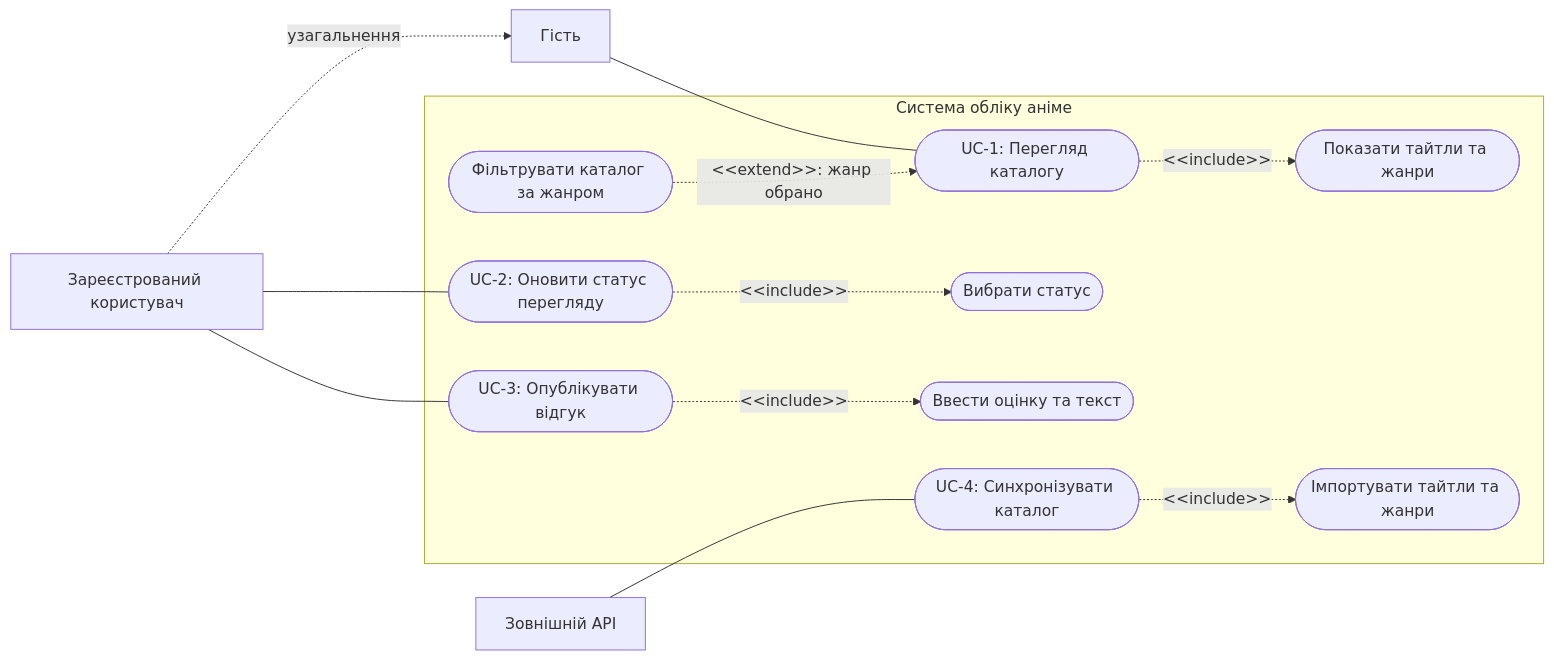
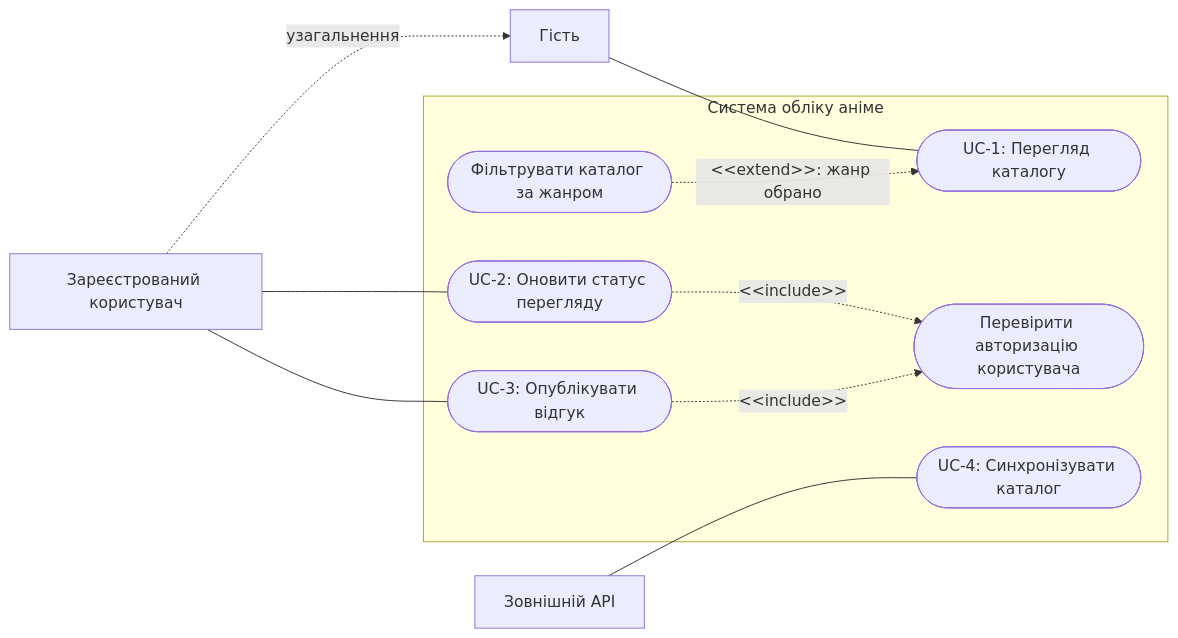
One commit to SpikyCactus7/anime-tracking-system changed the first of 2 diagrams in lab2/model.md. Above: the diagram before and after it, drawn with Mermaid. The commit also changed other lines of this file and 2 other files, not shown here.

Commit message:
fixed UC include relations, added M:N matrix and uncovered requirement

````diff
--- a/lab2/model.md
+++ b/lab2/model.md
@@ -111,30 +122,25 @@
 ```mermaid
 flowchart LR
     Guest[Гість]
     User[Зареєстрований користувач]
     API[Зовнішній API]
 
     subgraph System[Система обліку аніме]
         UC1([UC-1: Перегляд каталогу])
-        UC1a([Показати тайтли та жанри])
         UC1b([Фільтрувати каталог за жанром])
         UC2([UC-2: Оновити статус перегляду])
-        UC2a([Вибрати статус])
         UC3([UC-3: Опублікувати відгук])
-        UC3a([Ввести оцінку та текст])
         UC4([UC-4: Синхронізувати каталог])
-        UC4a([Імпортувати тайтли та жанри])
+        Auth([Перевірити авторизацію користувача])
     end
 
     User -.->|узагальнення| Guest
     Guest --- UC1
     User --- UC2
     User --- UC3
     API --- UC4
 
-    UC1 -.->|&lt;&lt;include&gt;&gt;| UC1a
     UC1b -.->|&lt;&lt;extend&gt;&gt;: жанр обрано| UC1
-    UC2 -.->|&lt;&lt;include&gt;&gt;| UC2a
-    UC3 -.->|&lt;&lt;include&gt;&gt;| UC3a
-    UC4 -.->|&lt;&lt;include&gt;&gt;| UC4a
+    UC2 -.->|&lt;&lt;include&gt;&gt;| Auth
+    UC3 -.->|&lt;&lt;include&gt;&gt;| Auth
 ```
````
